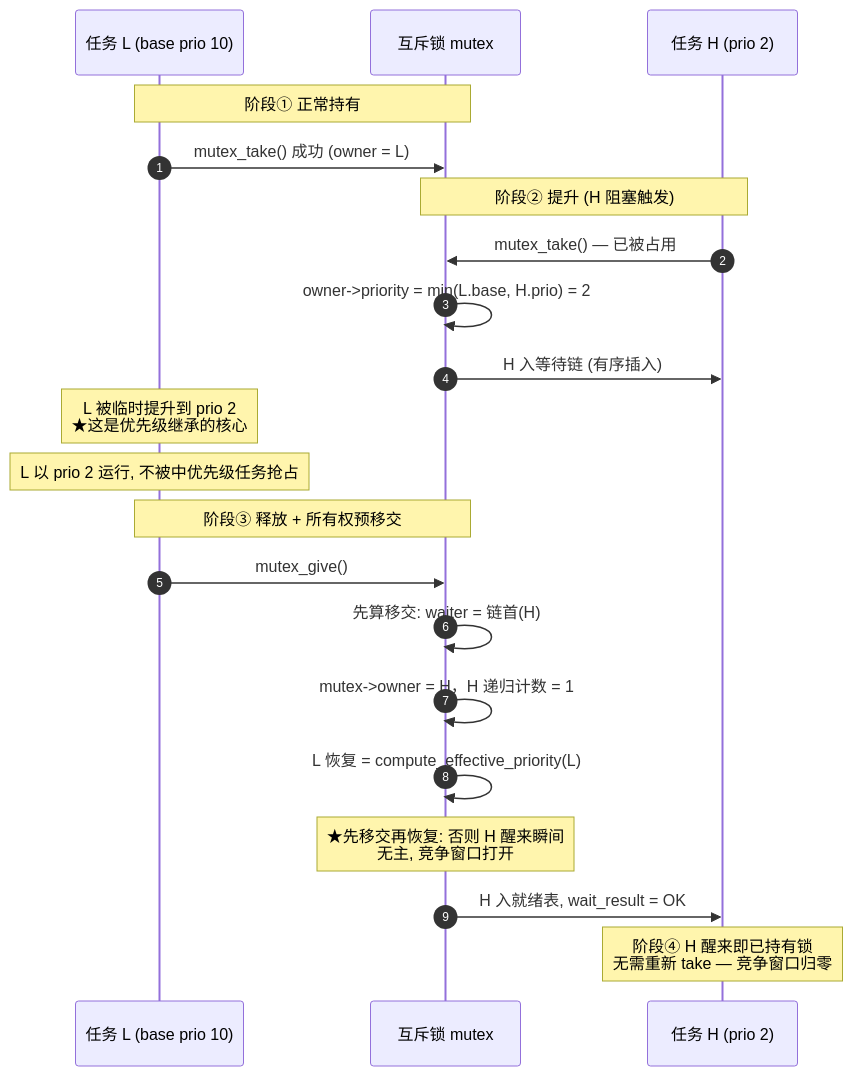
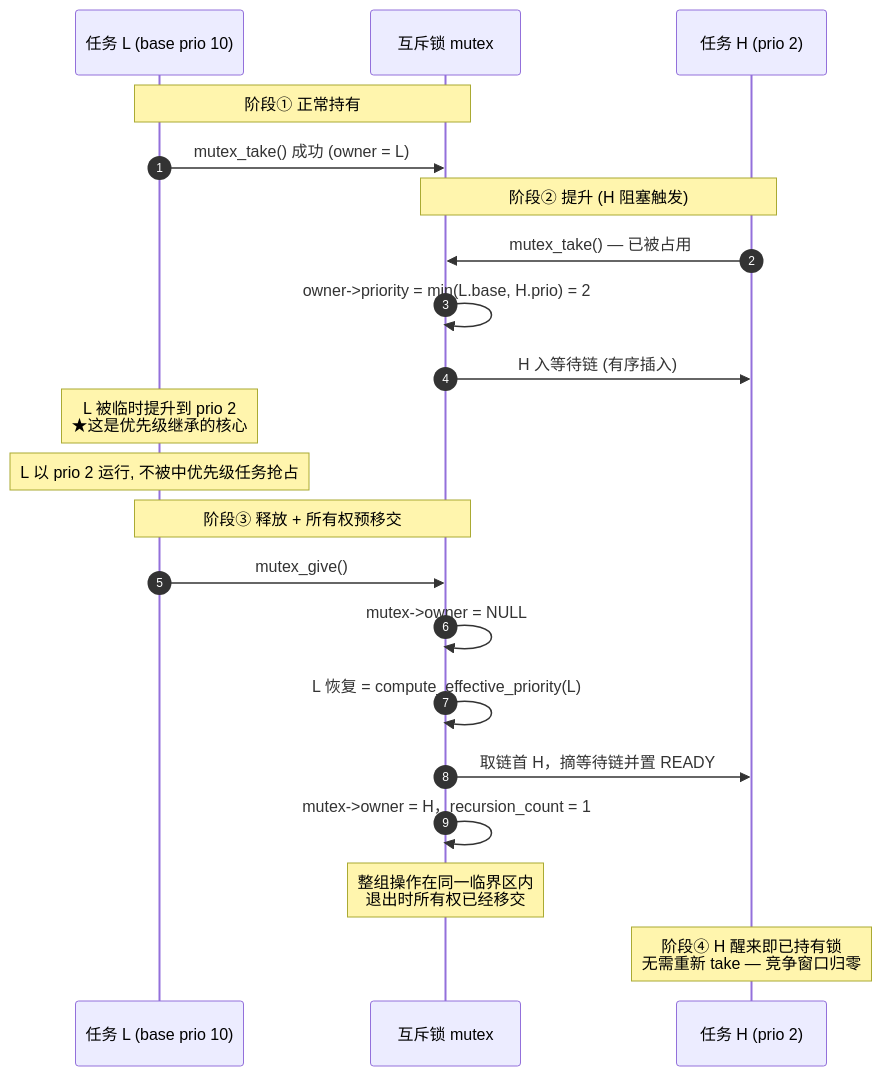
Before and after one commit to ArchHang/RTOS: diagram 14 of 18 in docs/rtos_design.md, drawn with Mermaid. The commit also changed other lines of this file and 15 other files, not shown here.

First line of the commit message:
docs(rtos): expand architecture and integration handbook

````diff
--- a/docs/rtos_design.md
+++ b/docs/rtos_design.md
@@ -1614,28 +1862,28 @@
 ```mermaid
 sequenceDiagram
     autonumber
     participant L as 任务 L (base prio 10)
     participant M as 互斥锁 mutex
     participant H as 任务 H (prio 2)
 
     Note over L,M: 阶段① 正常持有
     L->>M: mutex_take() 成功 (owner = L)
 
     Note over H,M: 阶段② 提升 (H 阻塞触发)
     H->>M: mutex_take() — 已被占用
     M->>M: owner->priority = min(L.base, H.prio) = 2
     M->>H: H 入等待链 (有序插入)
     Note over L: L 被临时提升到 prio 2<br/>★这是优先级继承的核心
 
     Note over L: L 以 prio 2 运行, 不被中优先级任务抢占
 
     Note over L,M: 阶段③ 释放 + 所有权预移交
     L->>M: mutex_give()
-    M->>M: 先算移交: waiter = 链首(H)
-    M->>M: mutex->owner = H，H 递归计数 = 1
+    M->>M: mutex->owner = NULL
     M->>M: L 恢复 = compute_effective_priority(L)
-    Note over M: ★先移交再恢复: 否则 H 醒来瞬间<br/>无主, 竞争窗口打开
-    M->>H: H 入就绪表, wait_result = OK
+    M->>H: 取链首 H，摘等待链并置 READY
+    M->>M: mutex->owner = H，recursion_count = 1
+    Note over M: 整组操作在同一临界区内<br/>退出时所有权已经移交
 
     Note over H: 阶段④ H 醒来即已持有锁<br/>无需重新 take — 竞争窗口归零
 ```
````
